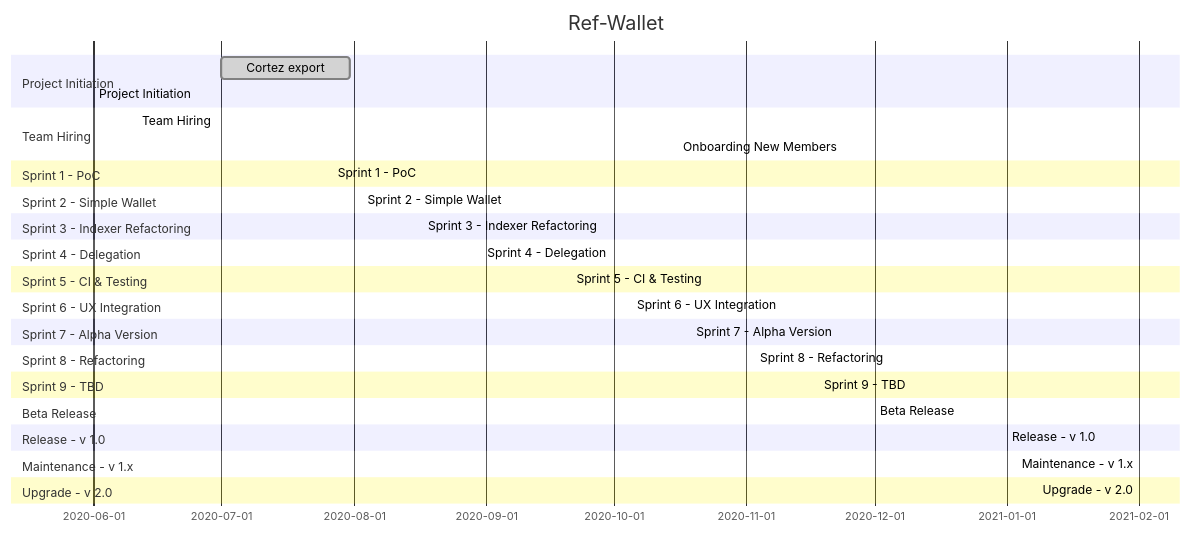
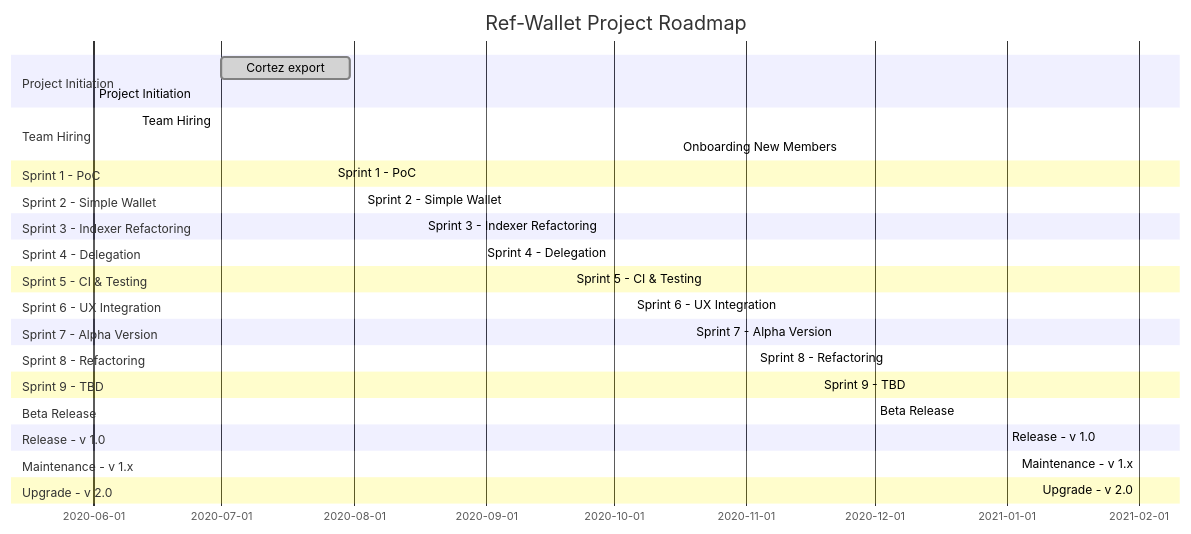
The diagram in docs/operative/project_plan.md (trilitech/umami-v1), drawn with Mermaid before and after one commit.

````diff
--- a/docs/operative/project_plan.md
+++ b/docs/operative/project_plan.md
@@ -35,36 +35,36 @@
 ```mermaid
 gantt
-    title Ref-Wallet
+    title Ref-Wallet Project Roadmap
     section Project Initiation
     Cortez export                                     :done  , 2020-07-01 , 30d
     Project Initiation                                :done  , 2020-06-01, 2020-07-13
     section Team Hiring
     Team Hiring                                       :done  , 2020-06-11, 2020-09-01
     Onboarding New Members                            :done  , 2020-10-16, 2020-11-01
     section Sprint 1 - PoC
     Sprint 1 - PoC                                    :done  , 2020-07-27, 2020-07-31
     section Sprint 2 - Simple Wallet
     Sprint 2 - Simple Wallet                          :done  , 2020-08-03, 2020-08-14
     section Sprint 3 - Indexer Refactoring
     Sprint 3 - Indexer Refactoring                    :done  , 2020-08-17, 2020-08-28
     section Sprint 4 - Delegation
     Sprint 4 - Delegation                             :done  , 2020-08-31, 2020-09-18
     section Sprint 5 - CI & Testing
     Sprint 5 - CI & Testing                           :done  , 2020-09-21, 2020-10-02
     section Sprint 6 - UX Integration
     Sprint 6 - UX Integration                         :active, 2020-10-05, 2020-10-16
     section Sprint 7 - Alpha Version
     Sprint 7 - Alpha Version                          :active, 2020-10-19, 2020-10-30
     section Sprint 8 - Refactoring
     Sprint 8 - Refactoring                            :active, 2020-11-03, 2020-11-15
     section Sprint 9 - TBD
     Sprint 9 - TBD                                    :active, 2020-11-18, 2020-11-30
     section Beta Release
     Beta Release                                      :active, 2020-12-01, 2020-12-31
     section Release - v 1.0
     Release - v 1.0                                   :active, 2021-01-01, 2021-02-01
     section Maintenance - v 1.x
     Maintenance - v 1.x                               :active, 2021-02-01, 2021-05-01
     section Upgrade - v 2.0
     Upgrade - v 2.0                                   :active, 2021-02-01, 2021-05-01
 ```
````
